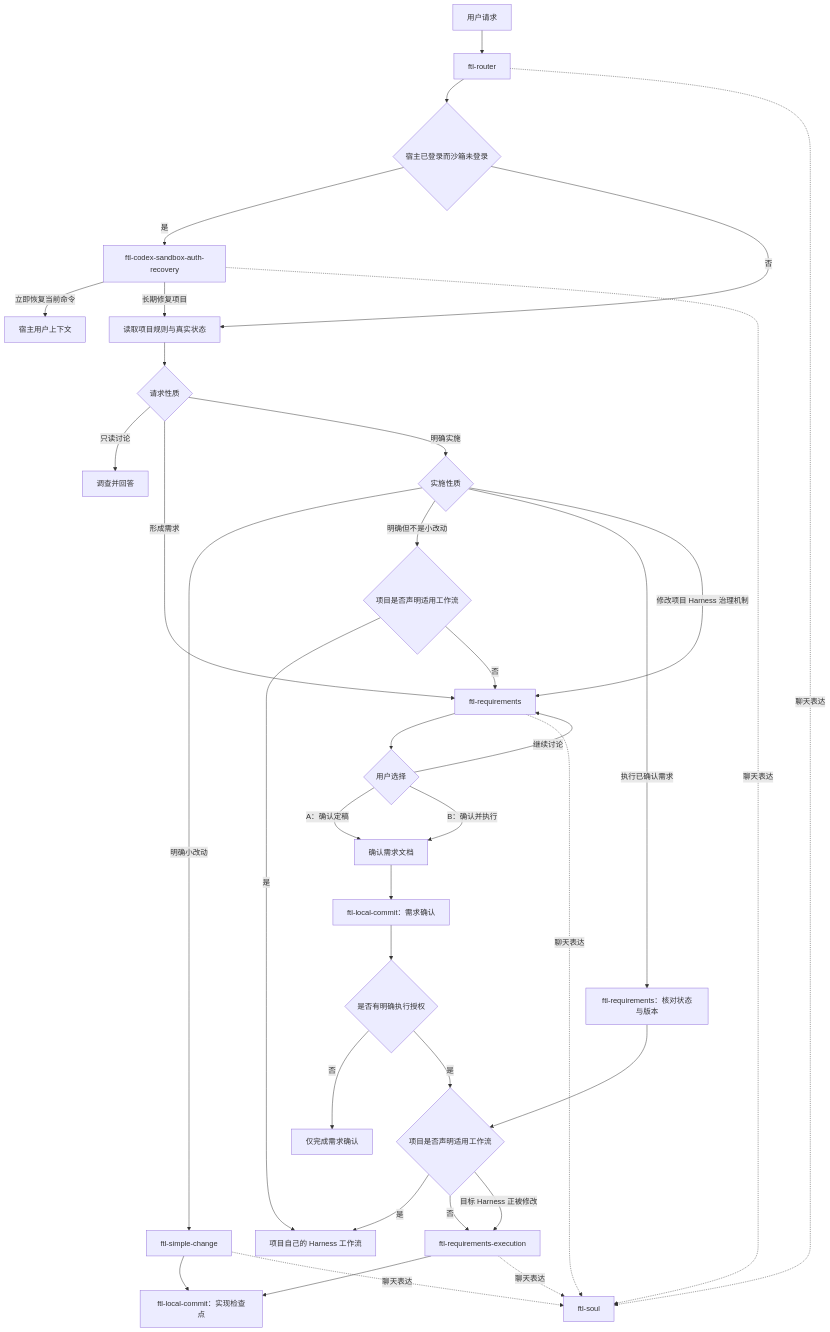
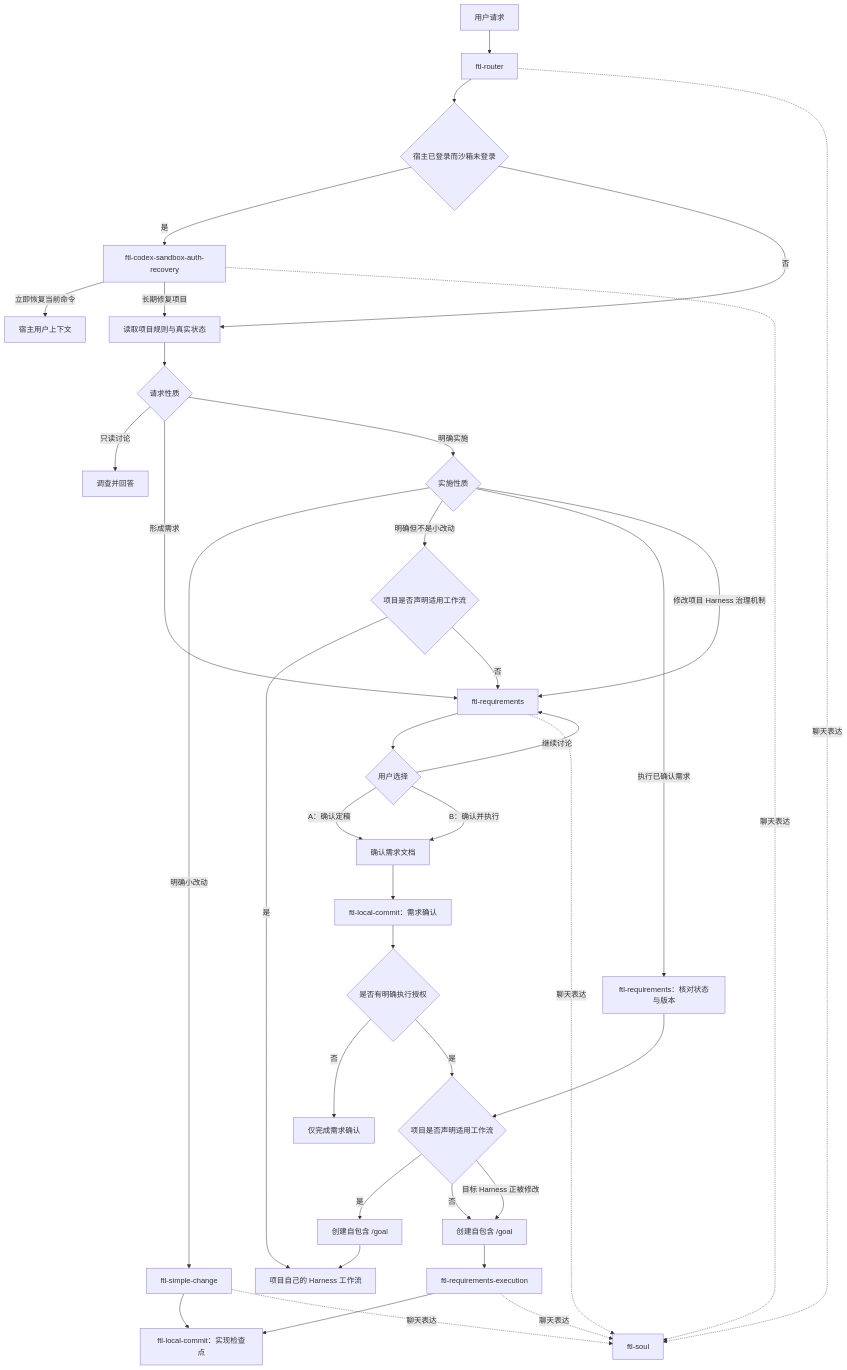
Before and after one commit to ContinuumFTL/FTLSoulSkill: the diagram in README.md, drawn with Mermaid. The commit also changed other lines of this file and 2 other files, not shown here.

````diff
--- a/README.md
+++ b/README.md
@@ -19,45 +19,47 @@
 ```mermaid
 flowchart TD
     U[用户请求] --> R[ftl-router]
     R --> CA{宿主已登录而沙箱未登录}
     CA -->|是| AR[ftl-codex-sandbox-auth-recovery]
     CA -->|否| P[读取项目规则与真实状态]
     AR -->|立即恢复当前命令| HR[宿主用户上下文]
     AR -->|长期修复项目| P
     P --> K{请求性质}
 
     K -->|只读讨论| A[调查并回答]
     K -->|形成需求| Q[ftl-requirements]
     K -->|明确实施| I{实施性质}
 
     I -->|明确小改动| S[ftl-simple-change]
     I -->|明确但不是小改动| NW{项目是否声明适用工作流}
     I -->|执行已确认需求| V[ftl-requirements：核对状态与版本]
     I -->|修改项目 Harness 治理机制| Q
 
     NW -->|是| H
     NW -->|否| Q
     V --> W{项目是否声明适用工作流}
 
     Q --> C{用户选择}
     C -->|继续讨论| Q
     C -->|A：确认定稿| D[确认需求文档]
     C -->|B：确认并执行| D
     D --> LC[ftl-local-commit：需求确认]
     LC --> X{是否有明确执行授权}
     X -->|否| Z[仅完成需求确认]
     X -->|是| W
 
-    W -->|是| H[项目自己的 Harness 工作流]
-    W -->|否| E[ftl-requirements-execution]
-    W -->|目标 Harness 正被修改| E
+    W -->|是| GH[创建自包含 /goal]
+    W -->|否| GE[创建自包含 /goal]
+    W -->|目标 Harness 正被修改| GE
+    GH --> H[项目自己的 Harness 工作流]
+    GE --> E[ftl-requirements-execution]
 
     S --> L[ftl-local-commit：实现检查点]
     E --> L
 
     R -.聊天表达.-> N[ftl-soul]
     AR -.聊天表达.-> N
     S -.聊天表达.-> N
     Q -.聊天表达.-> N
     E -.聊天表达.-> N
 ```
````
